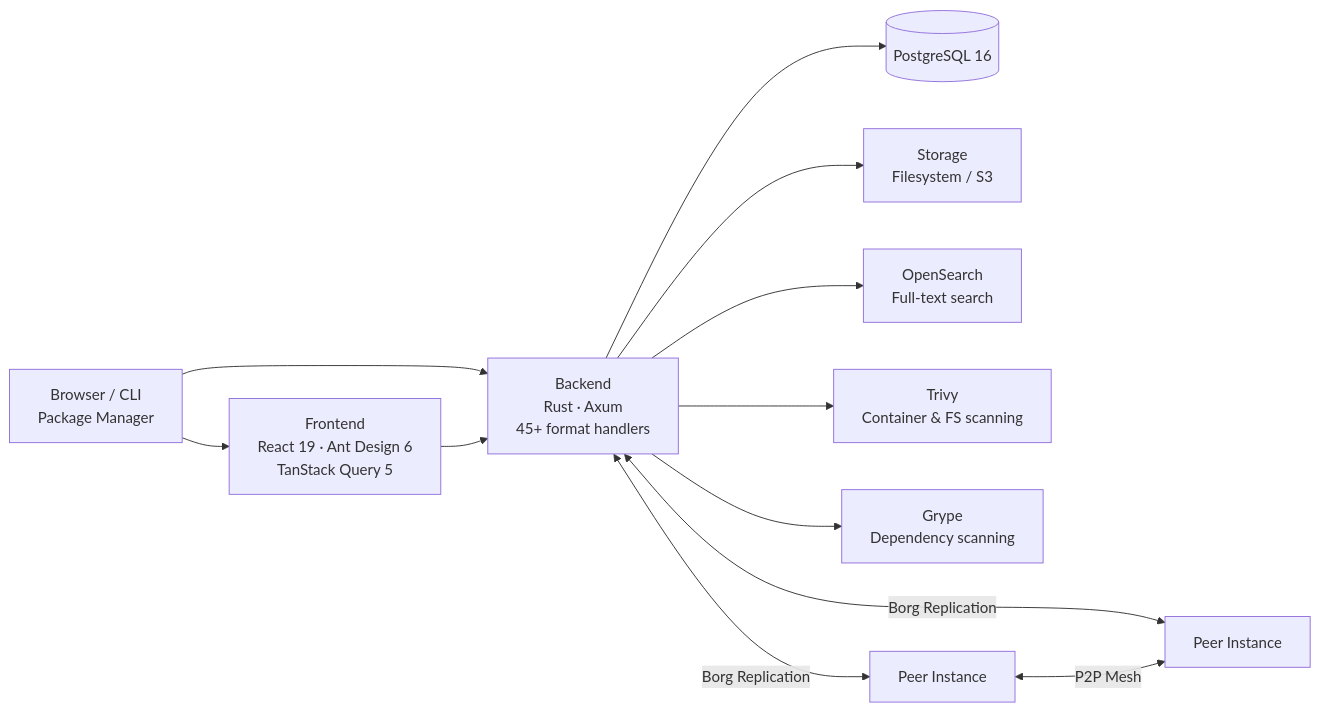
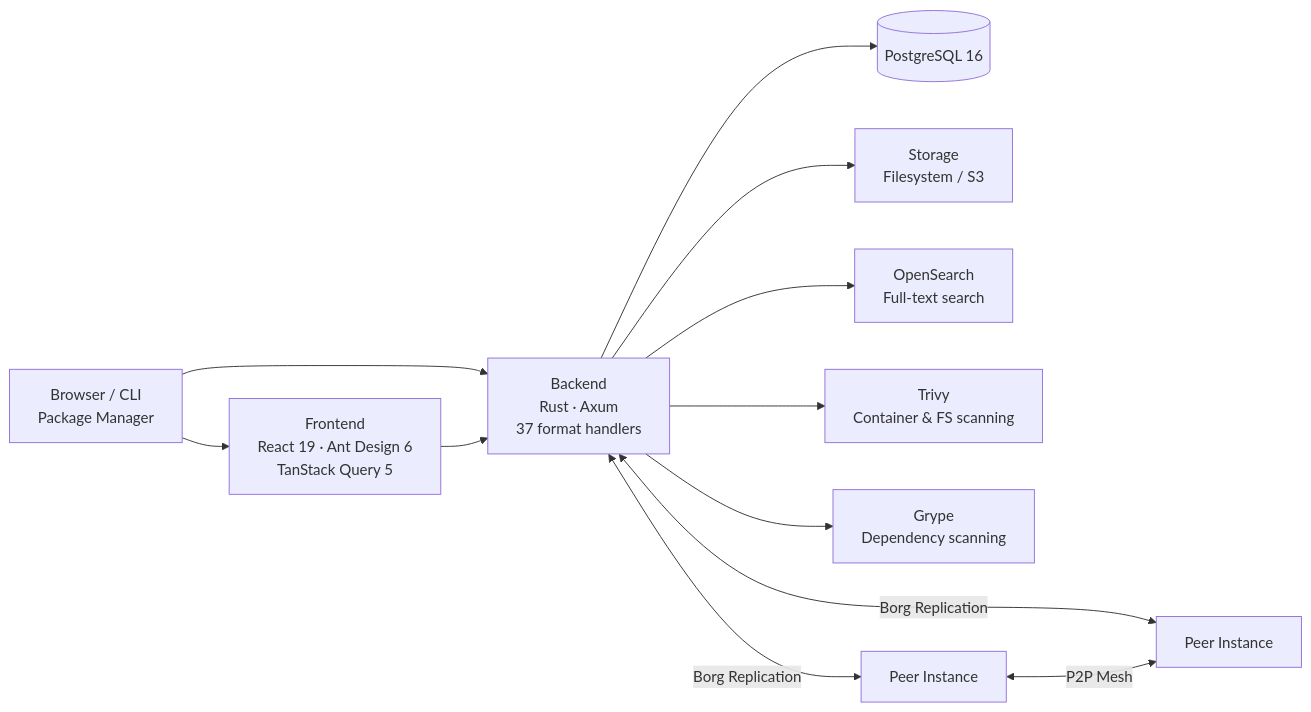
One commit to artifact-keeper/artifact-keeper-site changed the first of 6 diagrams in src/content/docs/docs/getting-started/architecture.mdx. Above: the diagram before and after it, drawn with Mermaid. The commit also changed other lines of this file and 134 other files, not shown here.

````diff
--- a/src/content/docs/docs/getting-started/architecture.mdx
+++ b/src/content/docs/docs/getting-started/architecture.mdx
@@ -14,25 +14,25 @@
 ```mermaid
 graph LR
     Client["Browser / CLI<br/>Package Manager"]
     Frontend["Frontend<br/>React 19 · Ant Design 6<br/>TanStack Query 5"]
-    Backend["Backend<br/>Rust · Axum<br/>45+ format handlers"]
+    Backend["Backend<br/>Rust · Axum<br/>37 format handlers"]
     DB[(PostgreSQL 16)]
     Storage["Storage<br/>Filesystem / S3"]
     Search["OpenSearch<br/>Full-text search"]
     Trivy["Trivy<br/>Container & FS scanning"]
     Grype["Grype<br/>Dependency scanning"]
     Peer1["Peer Instance"]
     Peer2["Peer Instance"]
 
     Client --> Frontend
     Client --> Backend
     Frontend --> Backend
     Backend --> DB
     Backend --> Storage
     Backend --> Search
     Backend --> Trivy
     Backend --> Grype
     Backend <-->|Borg Replication| Peer1
     Backend <-->|Borg Replication| Peer2
     Peer1 <-->|P2P Mesh| Peer2
 ```
````
